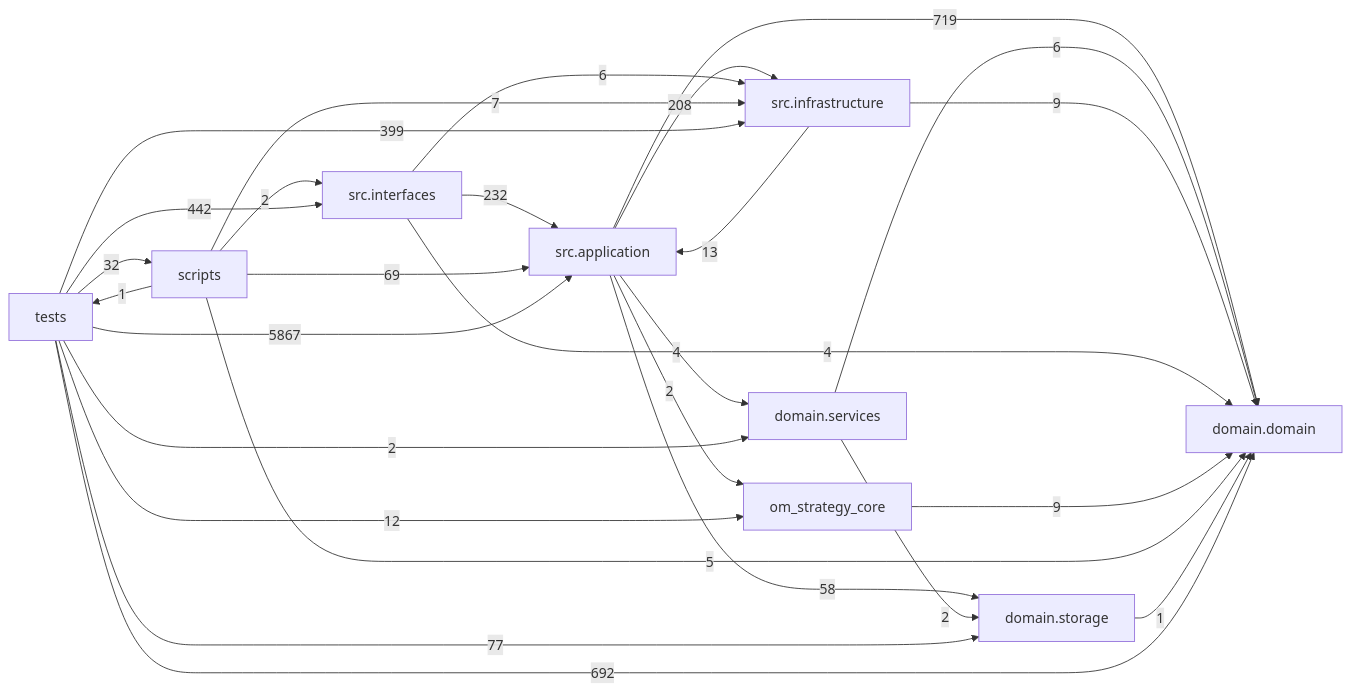
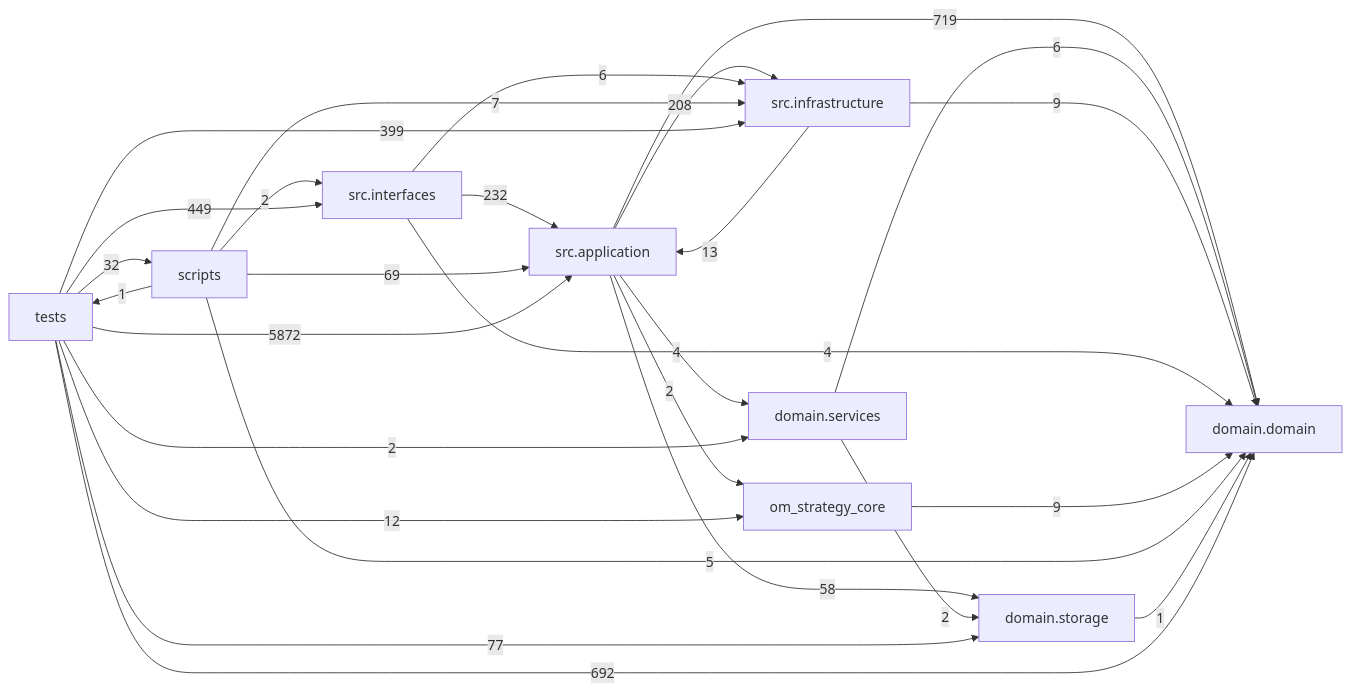
The diagram in docs/DEPENDENCY_GRAPH.md (liuxie066/options-monitor), drawn with Mermaid before and after one commit. The commit also changed other lines of this file and 30 other files, not shown here.

````diff
--- a/docs/DEPENDENCY_GRAPH.md
+++ b/docs/DEPENDENCY_GRAPH.md
@@ -24,38 +24,38 @@
 ```mermaid
 flowchart LR
   tests["tests"]
   scripts["scripts"]
   interfaces["src.interfaces"]
   application["src.application"]
   infrastructure["src.infrastructure"]
   domain_services["domain.services"]
   domain["domain.domain"]
   storage["domain.storage"]
   application -->|719| domain
   application -->|4| domain_services
   application -->|208| infrastructure
   application -->|2| om_strategy_core
   application -->|58| storage
   domain_services -->|6| domain
   domain_services -->|2| storage
   infrastructure -->|13| application
   infrastructure -->|9| domain
   interfaces -->|232| application
   interfaces -->|4| domain
   interfaces -->|6| infrastructure
   om_strategy_core -->|9| domain
   scripts -->|69| application
   scripts -->|5| domain
   scripts -->|7| infrastructure
   scripts -->|2| interfaces
   scripts -->|1| tests
   storage -->|1| domain
-  tests -->|5867| application
+  tests -->|5872| application
   tests -->|692| domain
   tests -->|2| domain_services
   tests -->|399| infrastructure
-  tests -->|442| interfaces
+  tests -->|449| interfaces
   tests -->|12| om_strategy_core
   tests -->|32| scripts
   tests -->|77| storage
 ```
````
